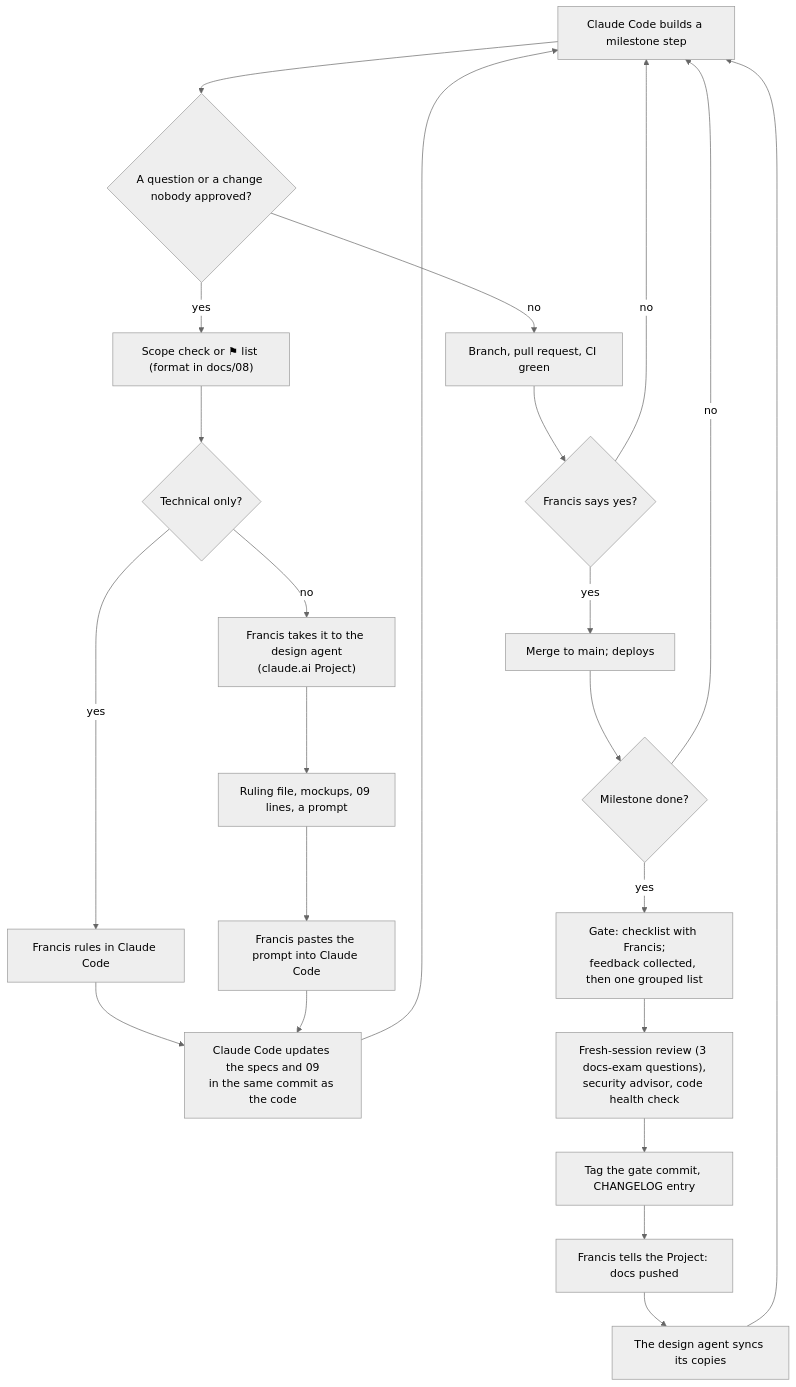
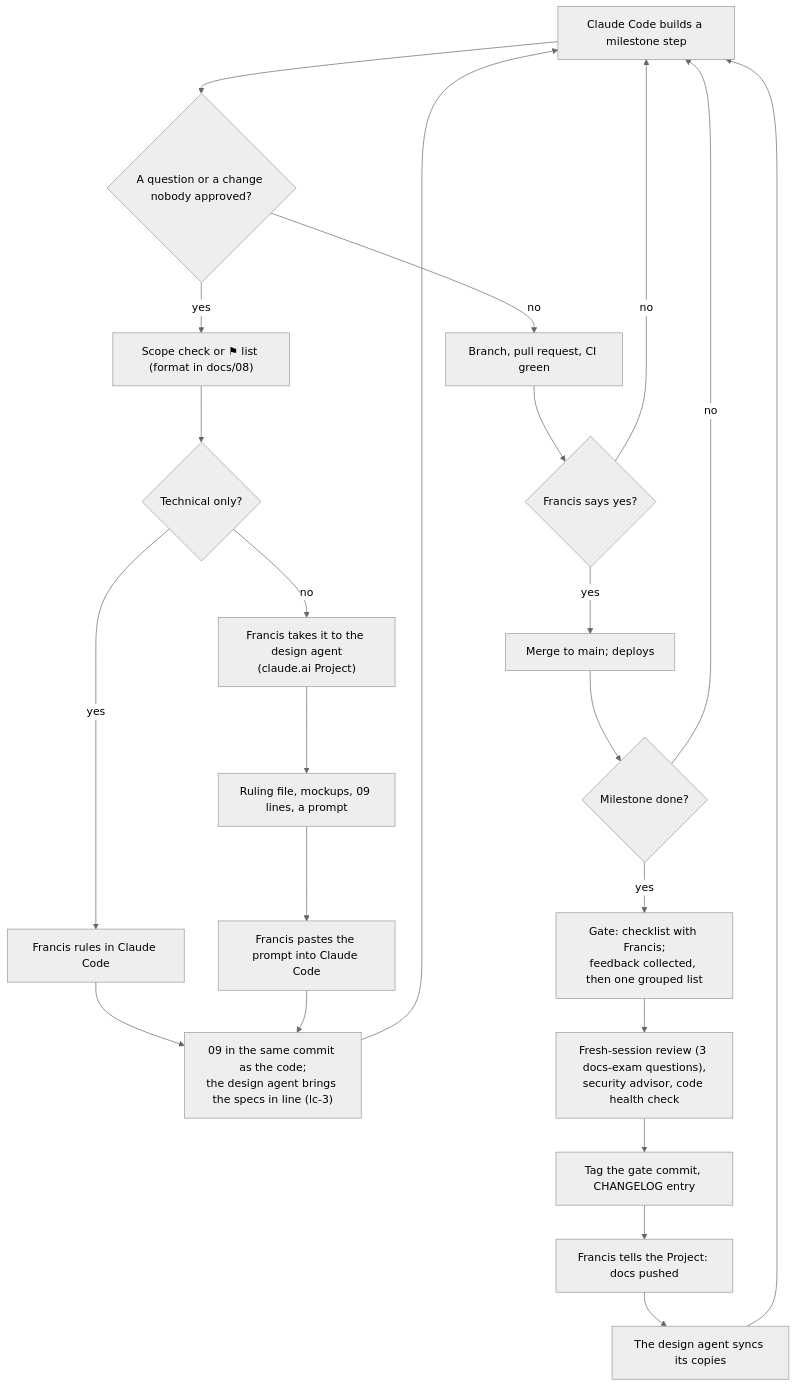
Before and after one commit to Withywindle-Grove/Ogham: the diagram in docs/diagrams/design-and-build-loop.md, drawn with Mermaid (neutral theme).

Commit message:
Loop 1, sitting C: the loop diagram follows lc-3 (specs by the design agent)
Claude-Session: https://claude.ai/code/session_01378fdp6saX76RR3GrkmdJT

````diff
--- a/docs/diagrams/design-and-build-loop.md
+++ b/docs/diagrams/design-and-build-loop.md
@@ -5,25 +5,25 @@
 ```mermaid
 flowchart TD
   cc[Claude Code builds a milestone step] --> q{A question or a change nobody approved?}
   q -- no --> pr[Branch, pull request, CI green]
   q -- yes --> scope["Scope check or ⚑ list (format in docs/08)"]
   scope --> tech{Technical only?}
   tech -- yes --> francis1[Francis rules in Claude Code]
   tech -- no --> design["Francis takes it to the design agent<br>(claude.ai Project)"]
   design --> ruling["Ruling file, mockups, 09 lines, a prompt"]
   ruling --> paste[Francis pastes the prompt into Claude Code]
   francis1 --> docs
-  paste --> docs["Claude Code updates the specs and 09<br>in the same commit as the code"]
+  paste --> docs["09 in the same commit as the code;<br>the design agent brings the specs in line (lc-3)"]
   docs --> cc
   pr --> yes{Francis says yes?}
   yes -- no --> cc
   yes -- yes --> merge[Merge to main; deploys]
   merge --> gate{Milestone done?}
   gate -- no --> cc
   gate -- yes --> gaterun["Gate: checklist with Francis;<br>feedback collected, then one grouped list"]
   gaterun --> review["Fresh-session review (3 docs-exam questions),<br>security advisor, code health check"]
   review --> tag[Tag the gate commit, CHANGELOG entry]
   tag --> pushed["Francis tells the Project: docs pushed"]
   pushed --> sync[The design agent syncs its copies]
   sync --> cc
 ```
````
